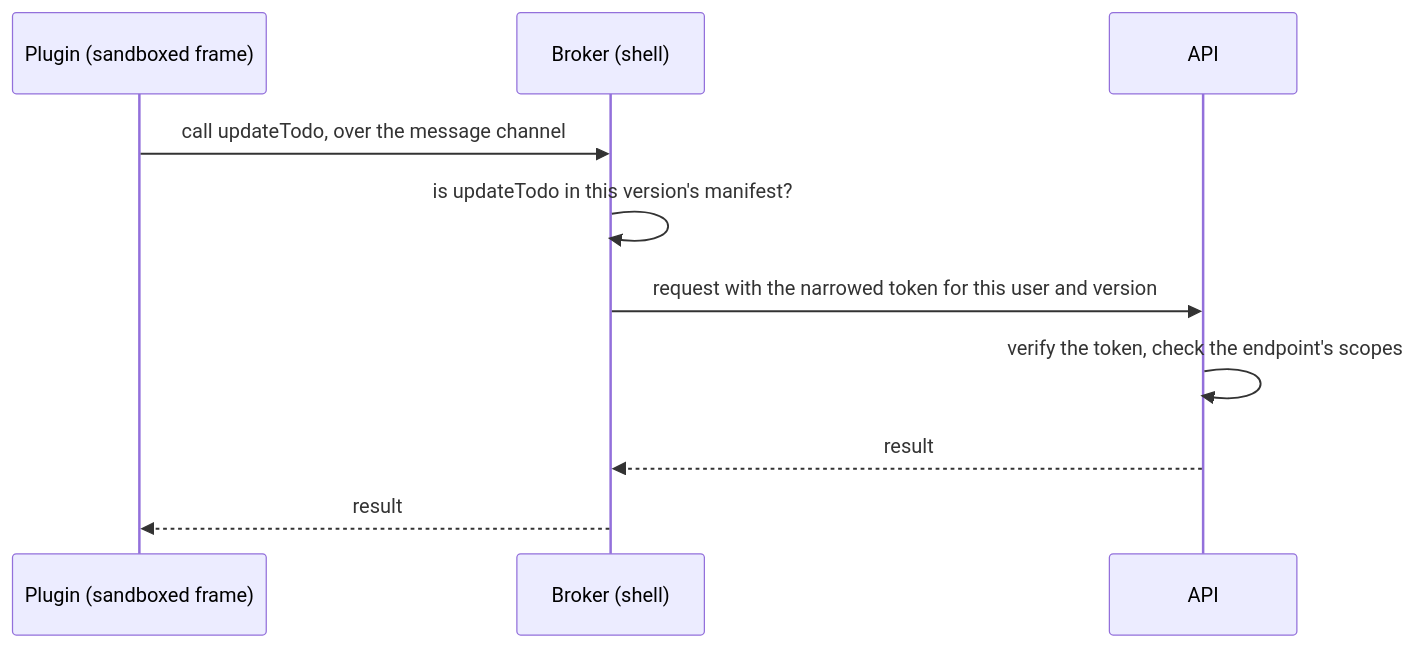
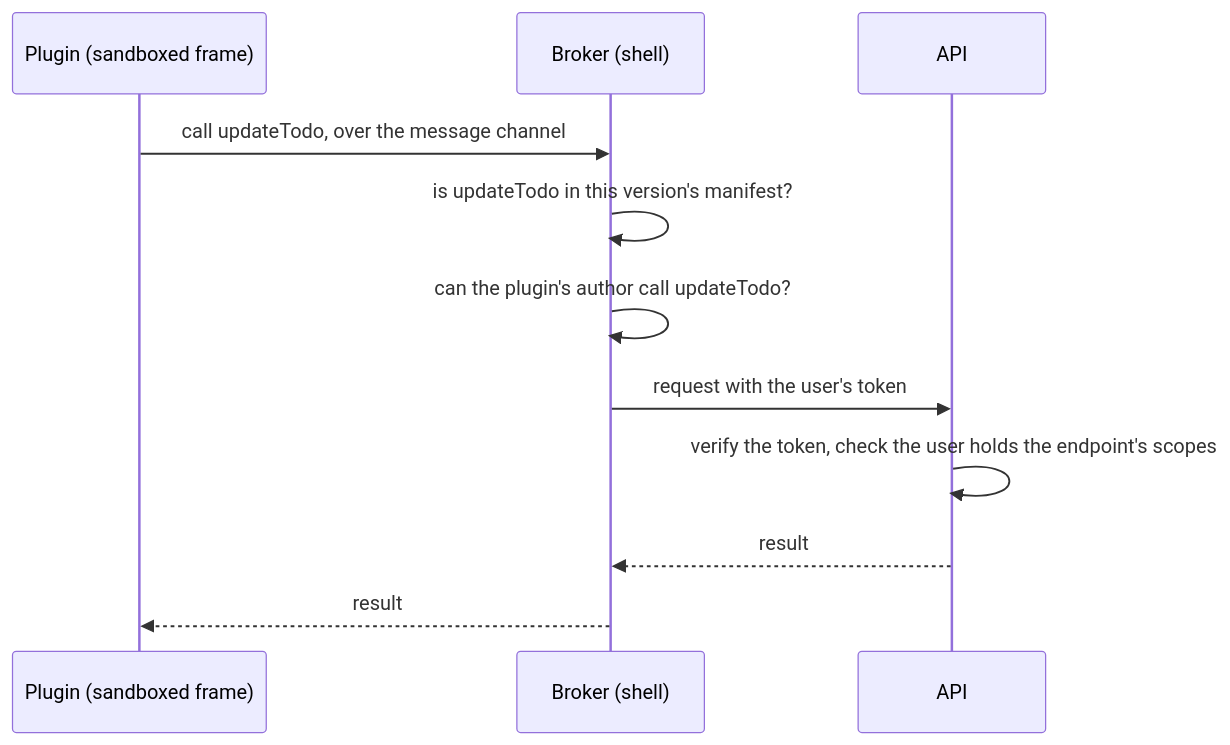
Before and after one commit to mcwhittemore/thixo: the second of 3 diagrams in docs/03-architecture.md, drawn with Mermaid. The commit also changed other lines of this file and 7 other files, not shown here.

First line of the commit message:
Decision 23: the broker enforces what a plugin may call

````diff
--- a/docs/03-architecture.md
+++ b/docs/03-architecture.md
@@ -55,12 +55,13 @@
 ```mermaid
 sequenceDiagram
   participant P as Plugin (sandboxed frame)
   participant B as Broker (shell)
   participant A as API
   P->>B: call updateTodo, over the message channel
   B->>B: is updateTodo in this version's manifest?
-  B->>A: request with the narrowed token for this user and version
-  A->>A: verify the token, check the endpoint's scopes
+  B->>B: can the plugin's author call updateTodo?
+  B->>A: request with the user's token
+  A->>A: verify the token, check the user holds the endpoint's scopes
   A-->>B: result
   B-->>P: result
 ```
````
